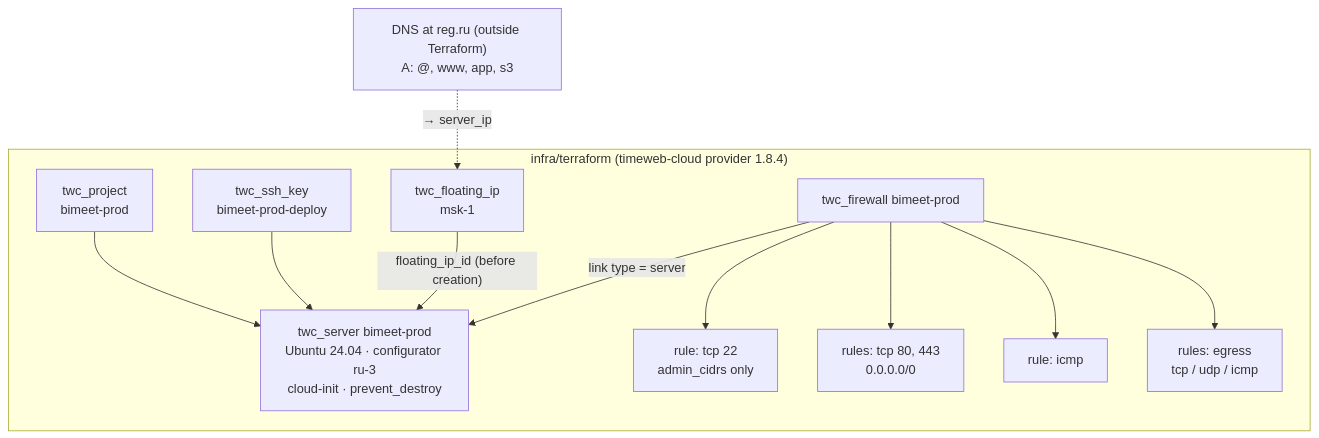
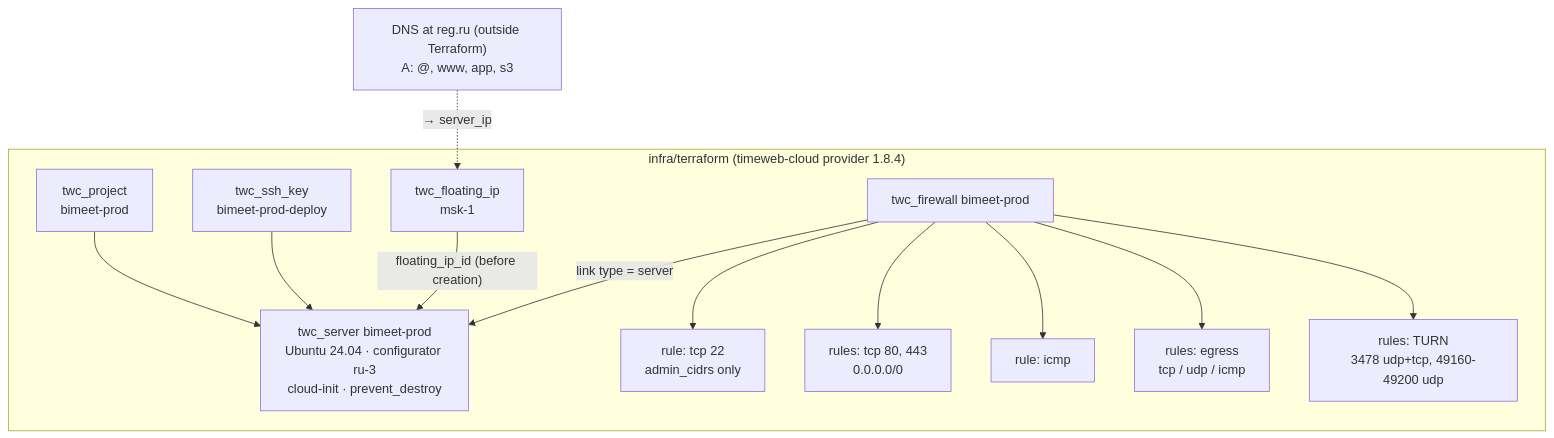
The fourth of 5 diagrams in docs/architecture.md (AntonSlavshchikov/bimeet), drawn with Mermaid before and after one commit. The commit also changed other lines of this file and 5 other files, not shown here.

Commit message:
docs: add ADR 0005, call sequence diagram and calls runbook

````diff
--- a/docs/architecture.md
+++ b/docs/architecture.md
@@ -84,20 +86,21 @@
 ```mermaid
 flowchart TB
     subgraph tf["infra/terraform (timeweb-cloud provider 1.8.4)"]
         project["twc_project<br/>bimeet-prod"]
         key["twc_ssh_key<br/>bimeet-prod-deploy"]
         ip["twc_floating_ip<br/>msk-1"]
         server["twc_server bimeet-prod<br/>Ubuntu 24.04 · configurator ru-3<br/>cloud-init · prevent_destroy"]
         fw["twc_firewall bimeet-prod"]
         r1["rule: tcp 22<br/>admin_cidrs only"]
         r2["rules: tcp 80, 443<br/>0.0.0.0/0"]
         r3["rule: icmp"]
         r4["rules: egress<br/>tcp / udp / icmp"]
+        r5["rules: TURN<br/>3478 udp+tcp, 49160-49200 udp"]
     end
     project --> server
     key --> server
     ip -- "floating_ip_id (before creation)" --> server
     fw -- "link type = server" --> server
-    fw --> r1 & r2 & r3 & r4
+    fw --> r1 & r2 & r3 & r4 & r5
     dns["DNS at reg.ru (outside Terraform)<br/>A: @, www, app, s3"] -. "→ server_ip" .-> ip
 ```
````
